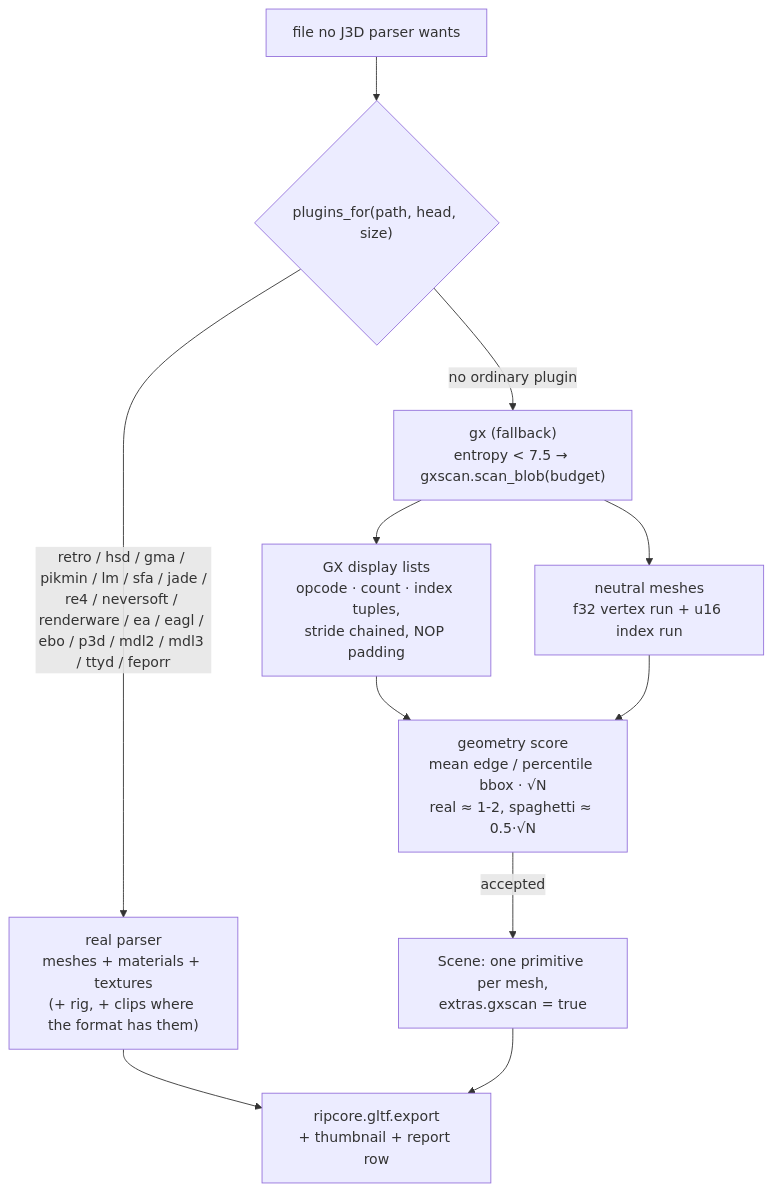
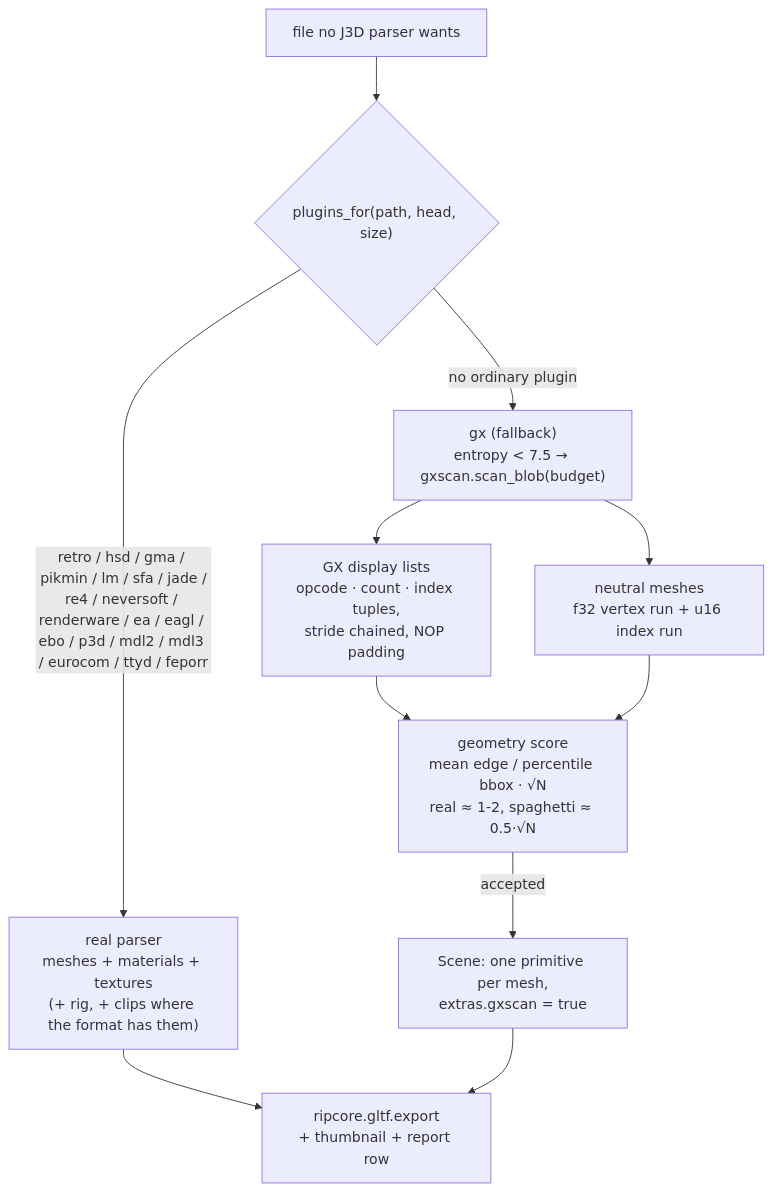
Before and after one commit to Felbs/3d-ripper-9000: the eighth of 8 diagrams in docs/PIPELINE.md, drawn with Mermaid. The commit also changed other lines of this file, not shown here.

First line of the commit message:
docs: Eurocom EngineX in the pipeline notes

````diff
--- a/docs/PIPELINE.md
+++ b/docs/PIPELINE.md
@@ -173,11 +173,11 @@
 ```mermaid
 flowchart TD
     F["file no J3D parser wants"] --> D{"plugins_for(path, head, size)"}
-    D -->|"retro / hsd / gma / pikmin / lm / sfa / jade /<br/>re4 / neversoft / renderware / ea / eagl / ebo / p3d / mdl2 / mdl3 / ttyd / feporr"| R["real parser<br/>meshes + materials + textures<br/>(+ rig, + clips where the format has them)"]
+    D -->|"retro / hsd / gma / pikmin / lm / sfa / jade /<br/>re4 / neversoft / renderware / ea / eagl / ebo / p3d / mdl2 / mdl3 / eurocom / ttyd / feporr"| R["real parser<br/>meshes + materials + textures<br/>(+ rig, + clips where the format has them)"]
     D -->|"no ordinary plugin"| S["gx (fallback)<br/>entropy < 7.5 → gxscan.scan_blob(budget)"]
     S --> L["GX display lists<br/>opcode · count · index tuples,<br/>stride chained, NOP padding"]
     S --> N["neutral meshes<br/>f32 vertex run + u16 index run"]
     L & N --> SC["geometry score<br/>mean edge / percentile bbox · √N<br/>real ≈ 1-2, spaghetti ≈ 0.5·√N"]
     SC -->|"accepted"| M["Scene: one primitive per mesh,<br/>extras.gxscan = true"]
     R & M --> E["ripcore.gltf.export<br/>+ thumbnail + report row"]
 ```
````
